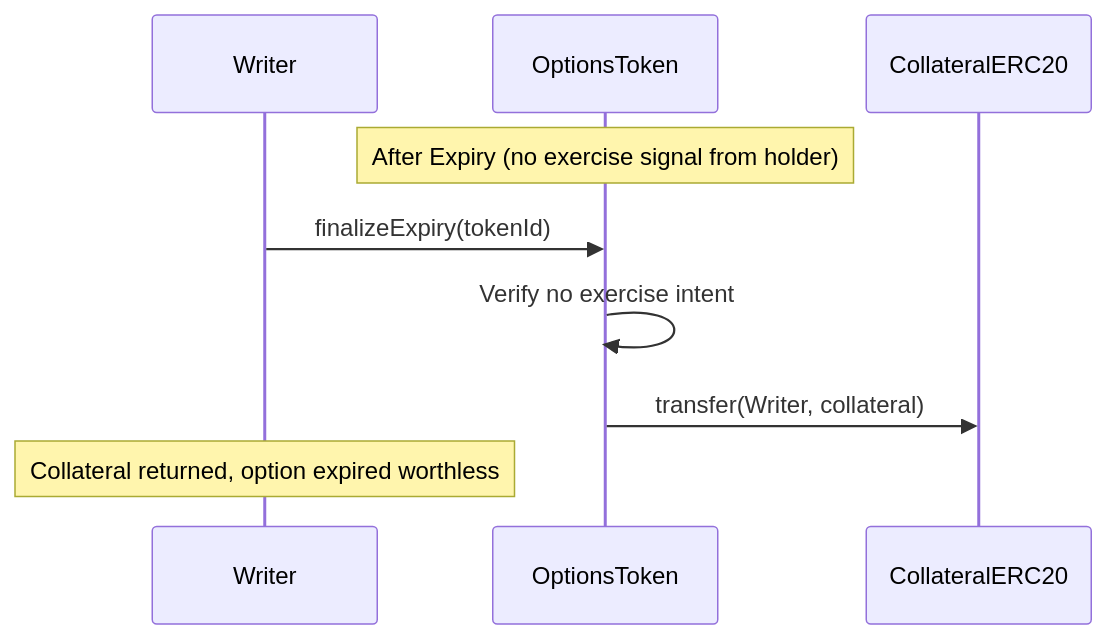
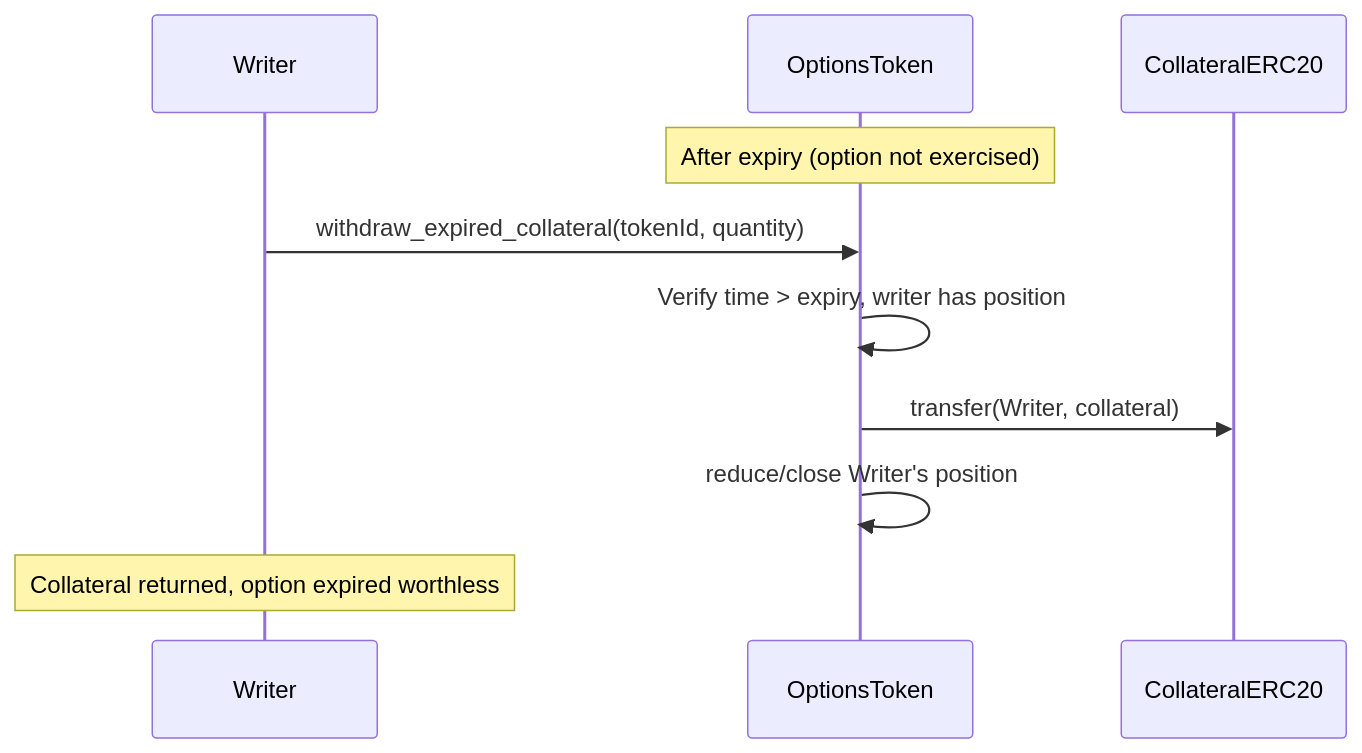
Before and after one commit to 0xgleb/optional: the seventh of 7 diagrams in SPEC.md, drawn with Mermaid. The commit also changed other lines of this file and 3 other files, not shown here.

````diff
--- a/SPEC.md
+++ b/SPEC.md
@@ -395,13 +344,14 @@
 ```mermaid
 sequenceDiagram
     participant Writer
     participant OptionsToken
     participant CollateralERC20
 
-    Note over OptionsToken: After Expiry (no exercise signal from holder)
-    Writer->>OptionsToken: finalizeExpiry(tokenId)
-    OptionsToken->>OptionsToken: Verify no exercise intent
+    Note over OptionsToken: After expiry (option not exercised)
+    Writer->>OptionsToken: withdraw_expired_collateral(tokenId, quantity)
+    OptionsToken->>OptionsToken: Verify time > expiry, writer has position
     OptionsToken->>CollateralERC20: transfer(Writer, collateral)
+    OptionsToken->>OptionsToken: reduce/close Writer's position
 
     Note over Writer: Collateral returned, option expired worthless
 ```
````
